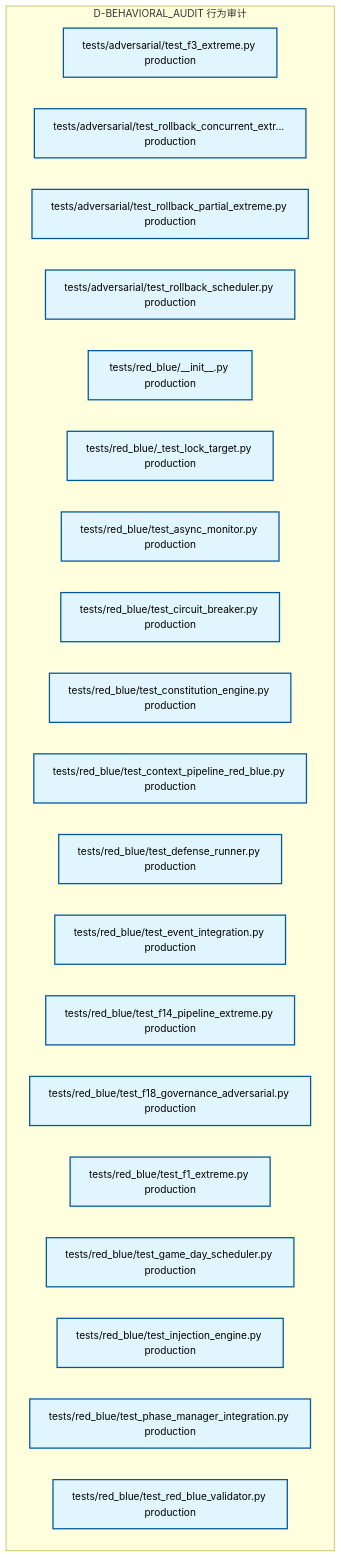
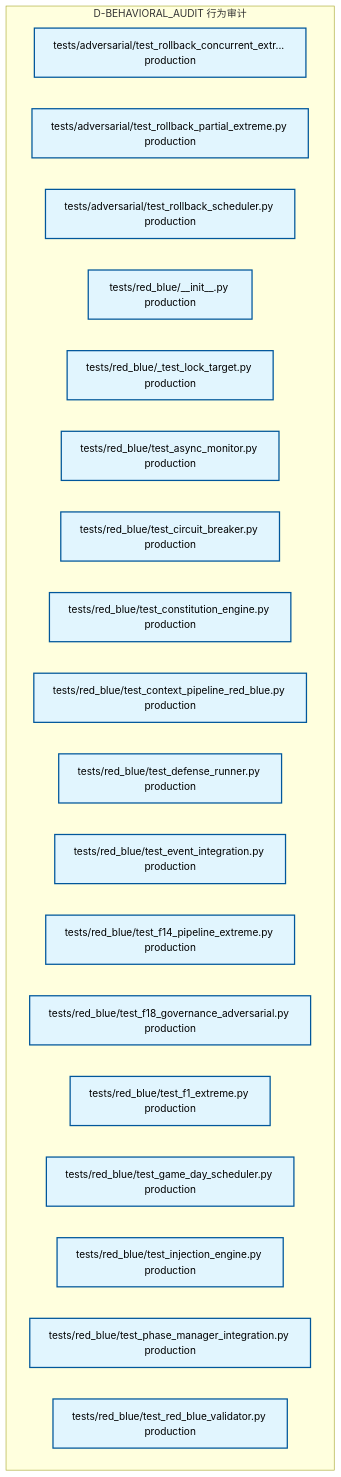
The third of 3 diagrams in docs/02_enterprise_architecture/02_domain_architecture_docs/08_d_behavioral_audit.md (xuanFelixVan/ZephyrAlpha), drawn with Mermaid before and after one commit. The commit also changed other lines of this file and 106 other files, not shown here.

````diff
--- a/docs/02_enterprise_architecture/02_domain_architecture_docs/08_d_behavioral_audit.md
+++ b/docs/02_enterprise_architecture/02_domain_architecture_docs/08_d_behavioral_audit.md
@@ -279,29 +275,28 @@
 ```mermaid
 graph TD
     subgraph D_BEHAVIORAL_AUDIT["D-BEHAVIORAL_AUDIT 行为审计"]
-        tests_adversarial_test_f3_extreme_py["tests/adversarial/test_f3_extreme.py production"]
         tests_adversarial_test_rollback_concurrent_extreme_py["tests/adversarial/test_rollback_concurrent_extr... production"]
         tests_adversarial_test_rollback_partial_extreme_py["tests/adversarial/test_rollback_partial_extreme.py production"]
         tests_adversarial_test_rollback_scheduler_py["tests/adversarial/test_rollback_scheduler.py production"]
         tests_red_blue_init_py["tests/red_blue/__init__.py production"]
         tests_red_blue_test_lock_target_py["tests/red_blue/_test_lock_target.py production"]
         tests_red_blue_test_async_monitor_py["tests/red_blue/test_async_monitor.py production"]
         tests_red_blue_test_circuit_breaker_py["tests/red_blue/test_circuit_breaker.py production"]
         tests_red_blue_test_constitution_engine_py["tests/red_blue/test_constitution_engine.py production"]
         tests_red_blue_test_context_pipeline_red_blue_py["tests/red_blue/test_context_pipeline_red_blue.py production"]
         tests_red_blue_test_defense_runner_py["tests/red_blue/test_defense_runner.py production"]
         tests_red_blue_test_event_integration_py["tests/red_blue/test_event_integration.py production"]
         tests_red_blue_test_f14_pipeline_extreme_py["tests/red_blue/test_f14_pipeline_extreme.py production"]
         tests_red_blue_test_f18_governance_adversarial_py["tests/red_blue/test_f18_governance_adversarial.py production"]
         tests_red_blue_test_f1_extreme_py["tests/red_blue/test_f1_extreme.py production"]
         tests_red_blue_test_game_day_scheduler_py["tests/red_blue/test_game_day_scheduler.py production"]
         tests_red_blue_test_injection_engine_py["tests/red_blue/test_injection_engine.py production"]
         tests_red_blue_test_phase_manager_integration_py["tests/red_blue/test_phase_manager_integration.py production"]
         tests_red_blue_test_red_blue_validator_py["tests/red_blue/test_red_blue_validator.py production"]
     end
     classDef production fill:#e1f5fe,stroke:#01579b,stroke-width:2px,color:#000
     classDef design fill:#fff3e0,stroke:#e65100,stroke-width:2px,color:#000,stroke-dasharray: 5 5
     classDef external_prod fill:#e8f5e9,stroke:#1b5e20,stroke-width:1px,color:#000
     classDef external_design fill:#fce4ec,stroke:#880e4f,stroke-width:1px,color:#000,stroke-dasharray: 5 5
-    class tests_adversarial_test_f3_extreme_py,tests_adversarial_test_rollback_concurrent_extreme_py,tests_adversarial_test_rollback_partial_extreme_py,tests_adversarial_test_rollback_scheduler_py,tests_red_blue_init_py,tests_red_blue_test_lock_target_py,tests_red_blue_test_async_monitor_py,tests_red_blue_test_circuit_breaker_py,tests_red_blue_test_constitution_engine_py,tests_red_blue_test_context_pipeline_red_blue_py,tests_red_blue_test_defense_runner_py,tests_red_blue_test_event_integration_py,tests_red_blue_test_f14_pipeline_extreme_py,tests_red_blue_test_f18_governance_adversarial_py,tests_red_blue_test_f1_extreme_py,tests_red_blue_test_game_day_scheduler_py,tests_red_blue_test_injection_engine_py,tests_red_blue_test_phase_manager_integration_py,tests_red_blue_test_red_blue_validator_py production
+    class tests_adversarial_test_rollback_concurrent_extreme_py,tests_adversarial_test_rollback_partial_extreme_py,tests_adversarial_test_rollback_scheduler_py,tests_red_blue_init_py,tests_red_blue_test_lock_target_py,tests_red_blue_test_async_monitor_py,tests_red_blue_test_circuit_breaker_py,tests_red_blue_test_constitution_engine_py,tests_red_blue_test_context_pipeline_red_blue_py,tests_red_blue_test_defense_runner_py,tests_red_blue_test_event_integration_py,tests_red_blue_test_f14_pipeline_extreme_py,tests_red_blue_test_f18_governance_adversarial_py,tests_red_blue_test_f1_extreme_py,tests_red_blue_test_game_day_scheduler_py,tests_red_blue_test_injection_engine_py,tests_red_blue_test_phase_manager_integration_py,tests_red_blue_test_red_blue_validator_py production
 ```
````
